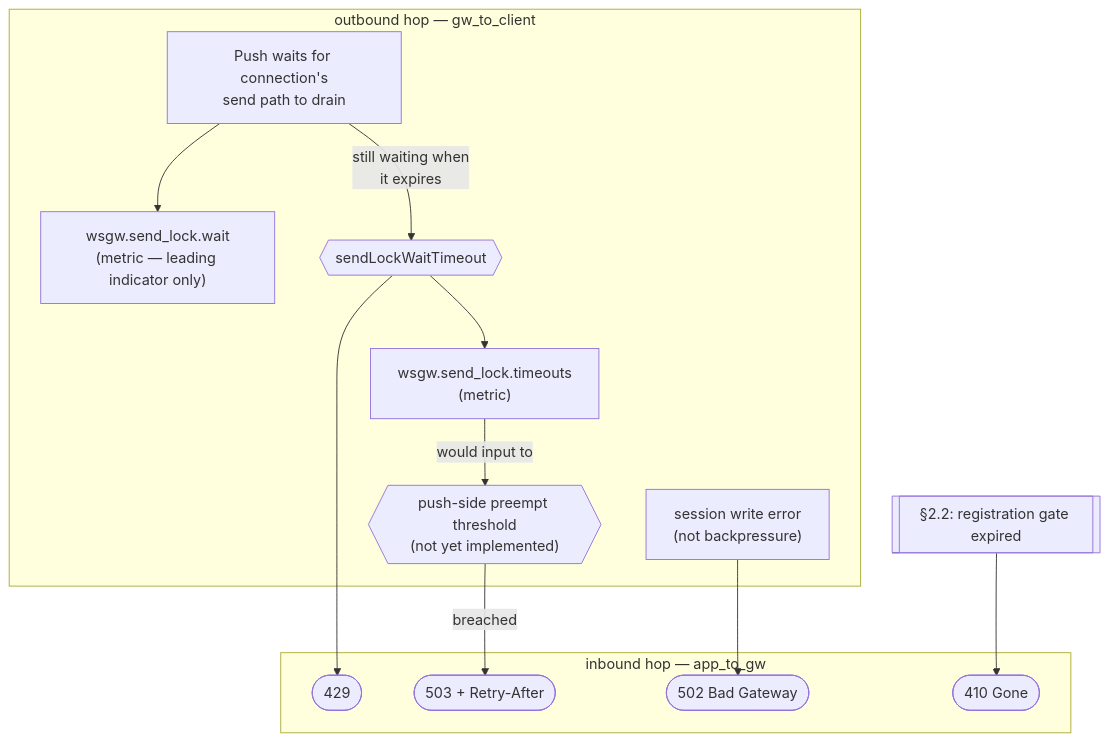
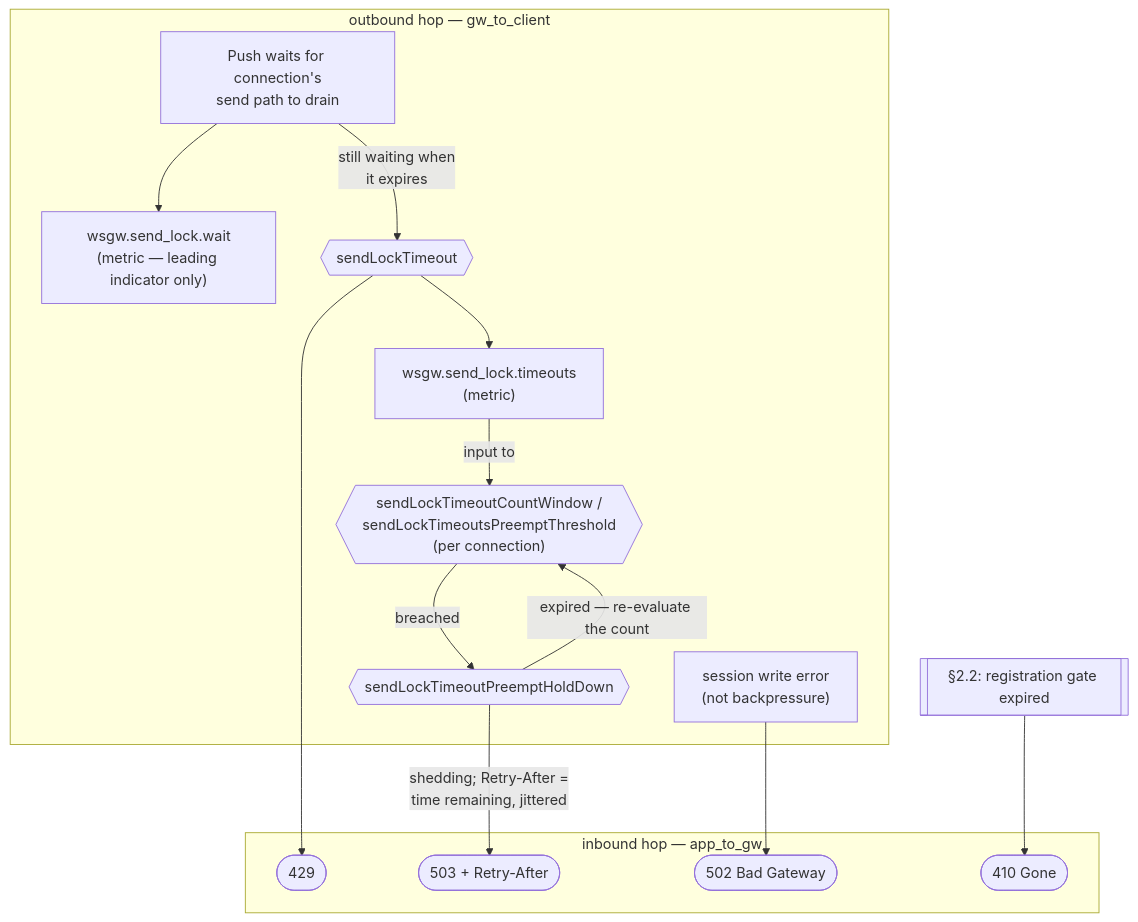
The second of 4 diagrams in docs/backpressure.md (pdkovacs/wsgw-jakarta), drawn with Mermaid before and after one commit. The commit also changed other lines of this file and 12 other files, not shown here.

Commit message:
Congestion control: sendLockTimeoutBreaker

````diff
--- a/docs/backpressure.md
+++ b/docs/backpressure.md
@@ -309,23 +330,25 @@
 ```mermaid
 flowchart TD
     subgraph inbound["inbound hop — app_to_gw"]
         Sig429(["429"])
         Sig503(["503 + Retry-After"])
         Sig502(["502 Bad Gateway"])
         Sig410(["410 Gone"])
     end
 
     subgraph outbound["outbound hop — gw_to_client"]
         S0["Push waits for connection's\nsend path to drain"]
         S0 --> MetricAvg["wsgw.send_lock.wait\n(metric — leading indicator only)"]
-        S0 -->|"still waiting when\nit expires"| KnobSend{{"sendLockWaitTimeout"}}
+        S0 -->|"still waiting when\nit expires"| KnobSend{{"sendLockTimeout"}}
         KnobSend --> MetricWaitCount["wsgw.send_lock.timeouts\n(metric)"]
-        MetricWaitCount -->|"would input to"| KnobPreempt{{"push-side preempt threshold\n(not yet implemented)"}}
+        MetricWaitCount -->|"input to"| KnobPreempt{{"sendLockTimeoutCountWindow /\nsendLockTimeoutsPreemptThreshold\n(per connection)"}}
+        KnobPreempt -->|"breached"| KnobHoldDown{{"sendLockTimeoutPreemptHoldDown"}}
+        KnobHoldDown -->|"expired — re-evaluate the count"| KnobPreempt
         WriteErr["session write error\n(not backpressure)"]
     end
 
     KnobSend --> Sig429
-    KnobPreempt -->|"breached"| Sig503
+    KnobHoldDown -->|"shedding; Retry-After =\ntime remaining, jittered"| Sig503
     WriteErr --> Sig502
     Gate[["§2.2: registration gate expired"]] --> Sig410
 ```
````
